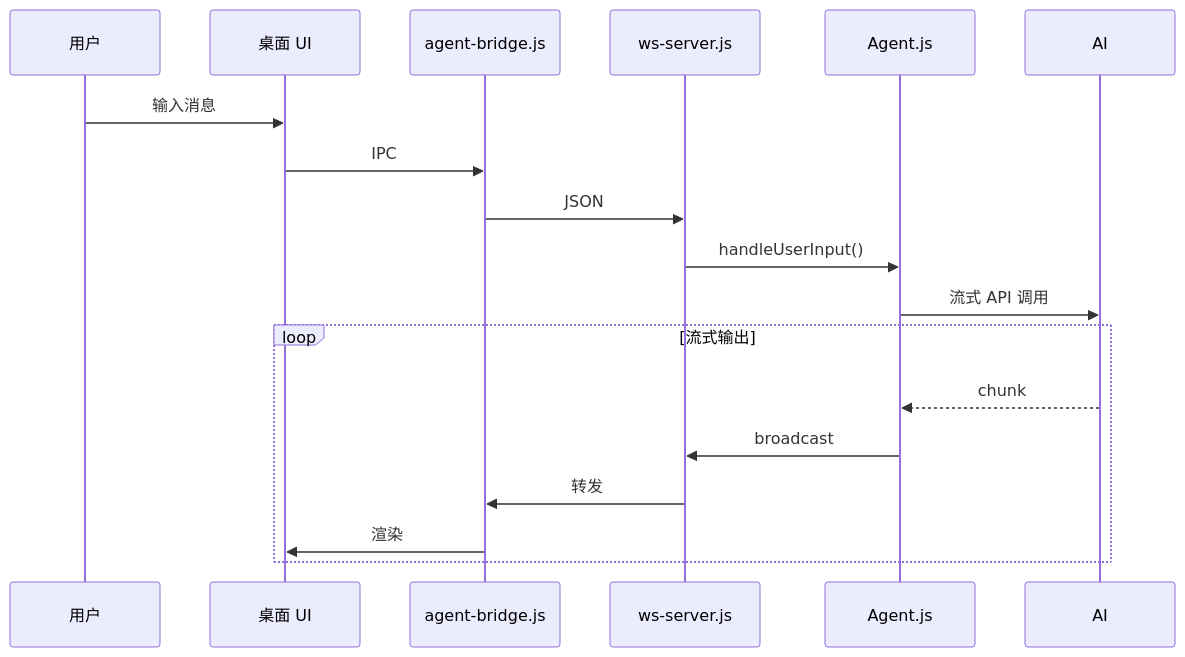
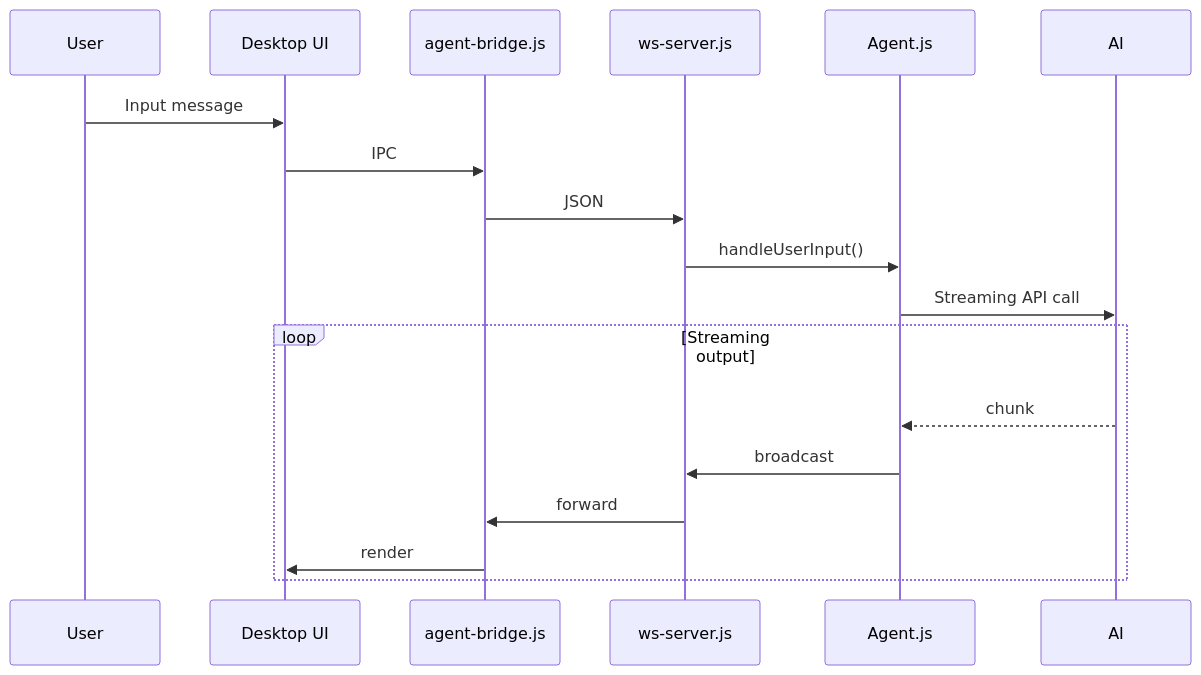
Before and after one commit to 1486853830/CogitoAgent: the fifth of 6 diagrams in README.md, drawn with Mermaid. The commit also changed other lines of this file and 2 other files, not shown here.

````diff
--- a/README.md
+++ b/README.md
@@ -1658,21 +1658,21 @@
 ```mermaid
 sequenceDiagram
-    participant User as 用户
-    participant UI as 桌面 UI
+    participant User as User
+    participant UI as Desktop UI
     participant Bridge as agent-bridge.js
     participant WS as ws-server.js
     participant Agent as Agent.js
 
-    User->>UI: 输入消息
+    User->>UI: Input message
     UI->>Bridge: IPC
     Bridge->>WS: JSON
     WS->>Agent: handleUserInput()
-    Agent->>AI: 流式 API 调用
+    Agent->>AI: Streaming API call
     
-    loop 流式输出
+    loop Streaming output
         AI-->>Agent: chunk
         Agent->>WS: broadcast
-        WS->>Bridge: 转发
-        Bridge->>UI: 渲染
+        WS->>Bridge: forward
+        Bridge->>UI: render
     end
 ```
````
